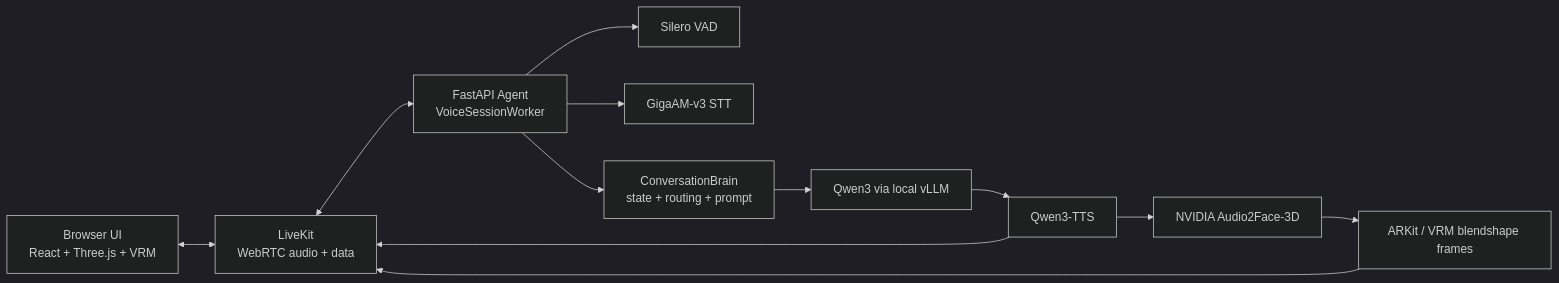
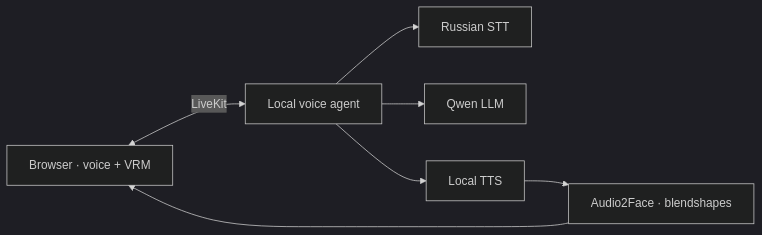
One commit to ykshv/rula changed the diagram in README.md. Above: the diagram before and after it, drawn with Mermaid (dark theme). The commit also changed other lines of this file and 16 other files, not shown here.

````diff
--- a/README.md
+++ b/README.md
@@ -61,14 +20,9 @@
 ```mermaid
 flowchart LR
-  Browser["Browser UI<br/>React + Three.js + VRM"] <--> LiveKit["LiveKit<br/>WebRTC audio + data"]
-  LiveKit <--> Agent["FastAPI Agent<br/>VoiceSessionWorker"]
-  Agent --> VAD["Silero VAD"]
-  Agent --> STT["GigaAM-v3 STT"]
-  Agent --> Brain["ConversationBrain<br/>state + routing + prompt"]
-  Brain --> LLM["Qwen3 via local vLLM"]
-  LLM --> TTS["Qwen3-TTS"]
-  TTS --> A2F["NVIDIA Audio2Face-3D"]
-  A2F --> Face["ARKit / VRM blendshape frames"]
-  Face --> LiveKit
-  TTS --> LiveKit
+    Browser["Browser · voice + VRM"] <-->|LiveKit| Agent["Local voice agent"]
+    Agent --> STT["Russian STT"]
+    Agent --> LLM["Qwen LLM"]
+    Agent --> TTS["Local TTS"]
+    TTS --> Face["Audio2Face · blendshapes"]
+    Face --> Browser
 ```
````
